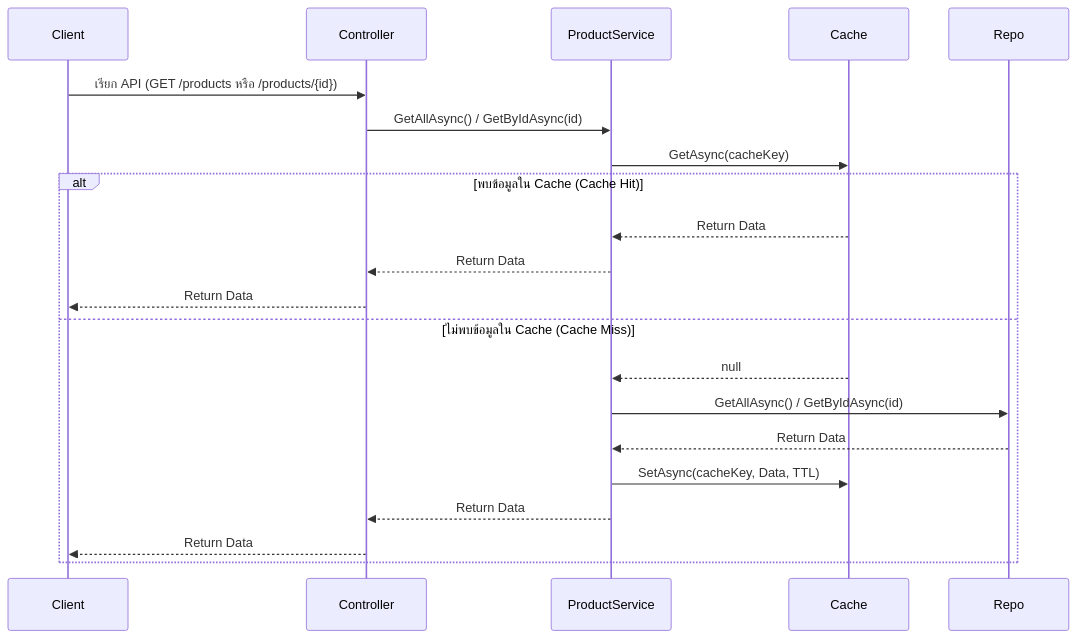
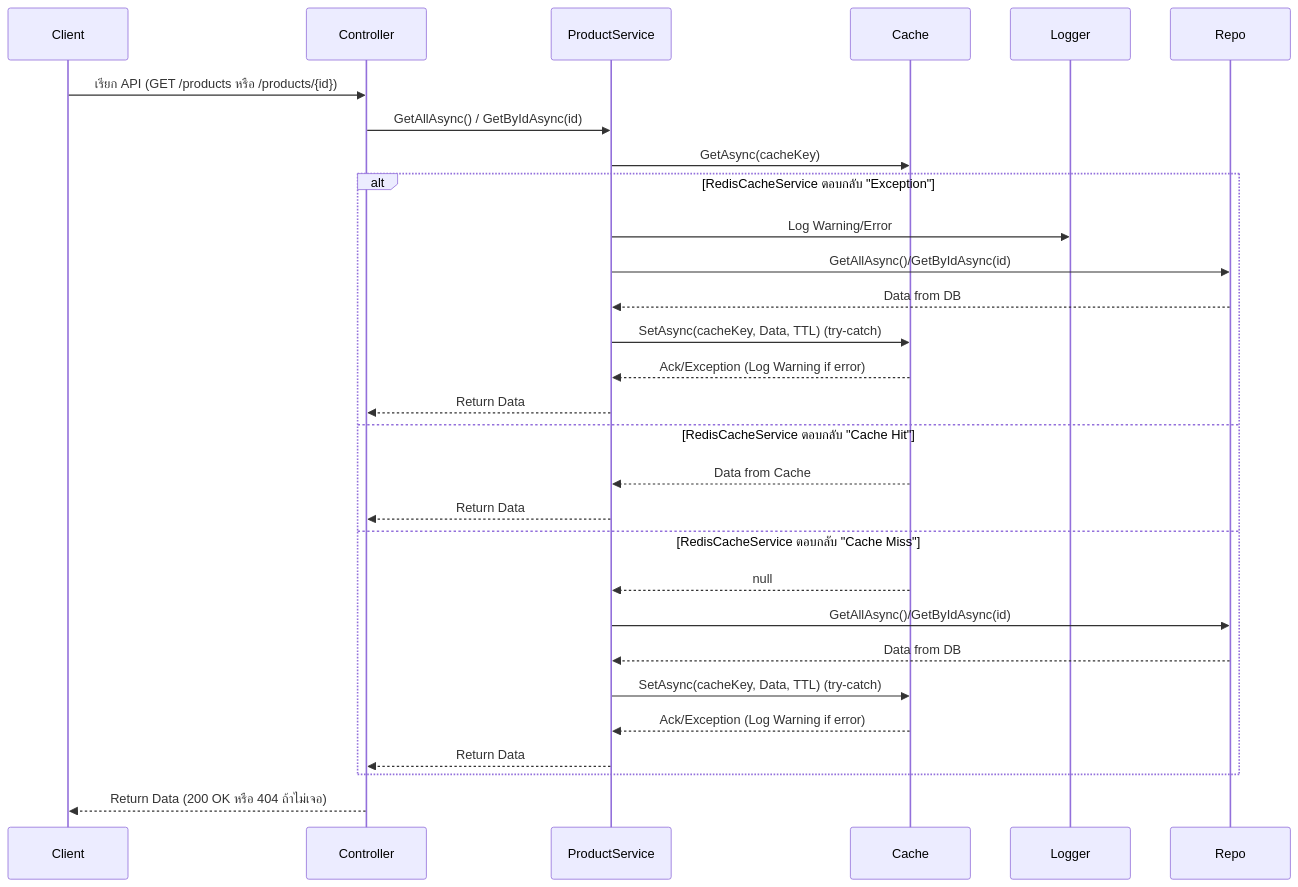
One commit to nuchit2019/ProductAPI_Redis_Serilog_Seq changed the first of 3 diagrams in README.md. Above: the diagram before and after it, drawn with Mermaid.

````diff
--- a/README.md
+++ b/README.md
@@ -331,24 +331,33 @@
 ```mermaid
-sequenceDiagram
+ sequenceDiagram
   participant Client as Client
   participant Controller as Controller
   participant ProductService as ProductService
-  participant Cache as Cache
+  participant RedisCacheService as Cache
+  participant Logger as Logger
   participant Repo as Repo
 
   Client ->> Controller: เรียก API (GET /products หรือ /products/{id})
   Controller ->> ProductService: GetAllAsync() / GetByIdAsync(id)
-  ProductService ->> Cache: GetAsync(cacheKey)
-  alt พบข้อมูลใน Cache (Cache Hit)
-    Cache -->> ProductService: Return Data
+  ProductService ->> RedisCacheService: GetAsync(cacheKey)
+  alt RedisCacheService ตอบกลับ "Exception"
+    ProductService ->> Logger: Log Warning/Error
+    ProductService ->> Repo: GetAllAsync()/GetByIdAsync(id)
+    Repo -->> ProductService: Data from DB
+    ProductService ->> RedisCacheService: SetAsync(cacheKey, Data, TTL) (try-catch)
+    RedisCacheService -->> ProductService: Ack/Exception (Log Warning if error)
     ProductService -->> Controller: Return Data
-    Controller -->> Client: Return Data
-  else ไม่พบข้อมูลใน Cache (Cache Miss)
-    Cache -->> ProductService: null
-    ProductService ->> Repo: GetAllAsync() / GetByIdAsync(id)
-    Repo -->> ProductService: Return Data
-    ProductService ->> Cache: SetAsync(cacheKey, Data, TTL)
+  else RedisCacheService ตอบกลับ "Cache Hit"
+    RedisCacheService -->> ProductService: Data from Cache
     ProductService -->> Controller: Return Data
-    Controller -->> Client: Return Data
+  else RedisCacheService ตอบกลับ "Cache Miss"
+    RedisCacheService -->> ProductService: null
+    ProductService ->> Repo: GetAllAsync()/GetByIdAsync(id)
+    Repo -->> ProductService: Data from DB
+    ProductService ->> RedisCacheService: SetAsync(cacheKey, Data, TTL) (try-catch)
+    RedisCacheService -->> ProductService: Ack/Exception (Log Warning if error)
+    ProductService -->> Controller: Return Data
   end
+  Controller -->> Client: Return Data (200 OK หรือ 404 ถ้าไม่เจอ)
+
 ```
````
